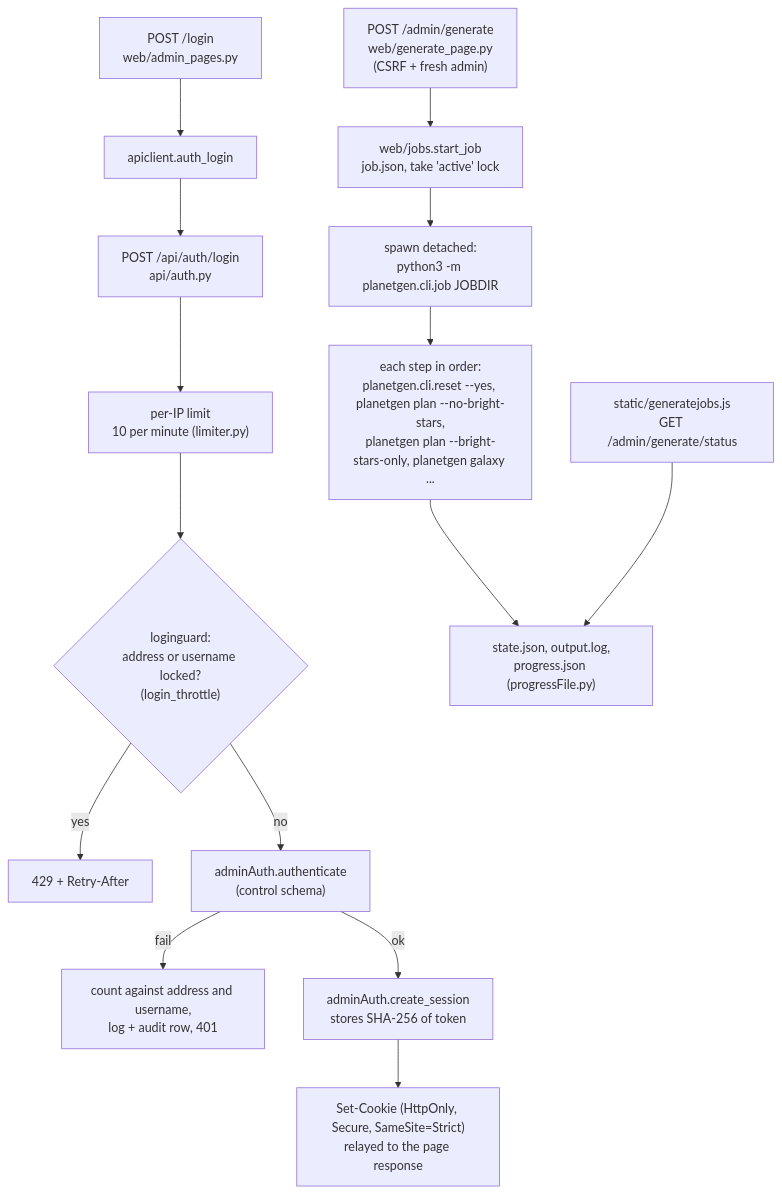
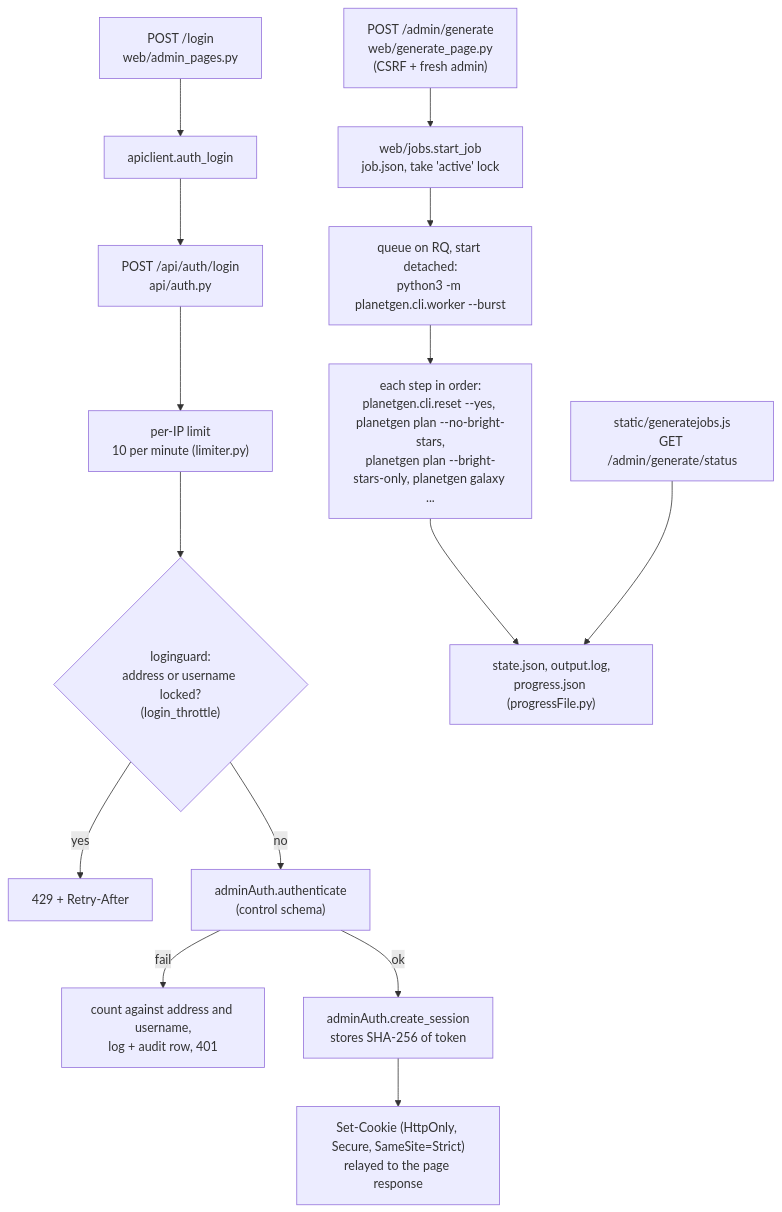
The seventh of 8 diagrams in docs/design/architecture.md (dwhagar/planetGen), drawn with Mermaid before and after one commit. The commit also changed other lines of this file and 16 other files, not shown here.

````diff
--- a/docs/design/architecture.md
+++ b/docs/design/architecture.md
@@ -660,18 +660,18 @@
 ```mermaid
 flowchart TD
     LP["POST /login<br/>web/admin_pages.py"] --> ACL["apiclient.auth_login"]
     ACL --> AL["POST /api/auth/login<br/>api/auth.py"]
     AL --> RL["per-IP limit<br/>10 per minute (limiter.py)"]
     RL --> BO{"loginguard:<br/>address or username locked?<br/>(login_throttle)"}
     BO -->|"yes"| E429["429 + Retry-After"]
     BO -->|"no"| Auth["adminAuth.authenticate<br/>(control schema)"]
     Auth -->|"fail"| Rec["count against address and username,<br/>log + audit row, 401"]
     Auth -->|"ok"| Sess["adminAuth.create_session<br/>stores SHA-256 of token"]
     Sess --> Cookie["Set-Cookie (HttpOnly, Secure, SameSite=Strict)<br/>relayed to the page response"]
 
     Gen["POST /admin/generate<br/>web/generate_page.py<br/>(CSRF + fresh admin)"] --> SJ["web/jobs.start_job<br/>job.json, take 'active' lock"]
-    SJ --> Spawn["spawn detached:<br/>python3 -m planetgen.cli.job JOBDIR"]
+    SJ --> Spawn["queue on RQ, start detached:<br/>python3 -m planetgen.cli.worker --burst"]
     Spawn --> Steps["each step in order:<br/>planetgen.cli.reset --yes, planetgen plan --no-bright-stars,<br/>planetgen plan --bright-stars-only, planetgen galaxy ..."]
     Steps --> Files["state.json, output.log,<br/>progress.json (progressFile.py)"]
     Poll["static/generatejobs.js<br/>GET /admin/generate/status"] --> Files
 ```
````
